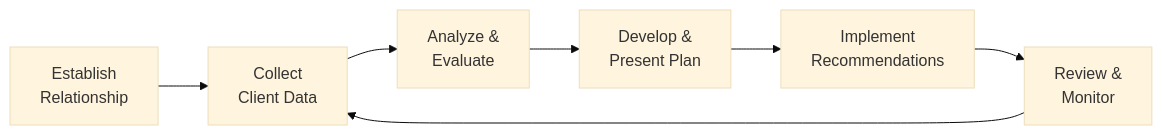
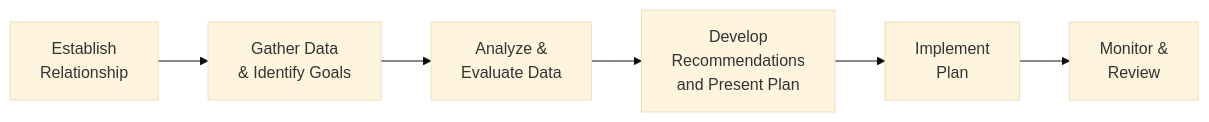
One commit to MasteryEducation/SecuritiesExamsMastery.ca changed the diagram in content/ifc/4/3/index.md. Above: the diagram before and after it, drawn with Mermaid (base theme). The commit also changed other lines of this file and 130 other files, not shown here.

````diff
--- a/content/ifc/4/3/index.md
+++ b/content/ifc/4/3/index.md
@@ -161,9 +19,8 @@
 ```mermaid
 flowchart LR
-    A["Establish <br/>Relationship"] --> B["Collect <br/>Client Data"] 
-    B --> C["Analyze & <br/>Evaluate"] 
-    C --> D["Develop & <br/>Present Plan"]
-    D --> E["Implement <br/>Recommendations"] 
-    E --> F["Review & <br/>Monitor"] 
-    F --> B
+A["Establish <br/>Relationship"] --> B["Gather Data <br/>& Identify Goals"]
+B --> C["Analyze & <br/>Evaluate Data"]
+C --> D["Develop <br/>Recommendations <br/>and Present Plan"]
+D --> E["Implement <br/>Plan"]
+E --> F["Monitor & <br/>Review"]
 ```
````
